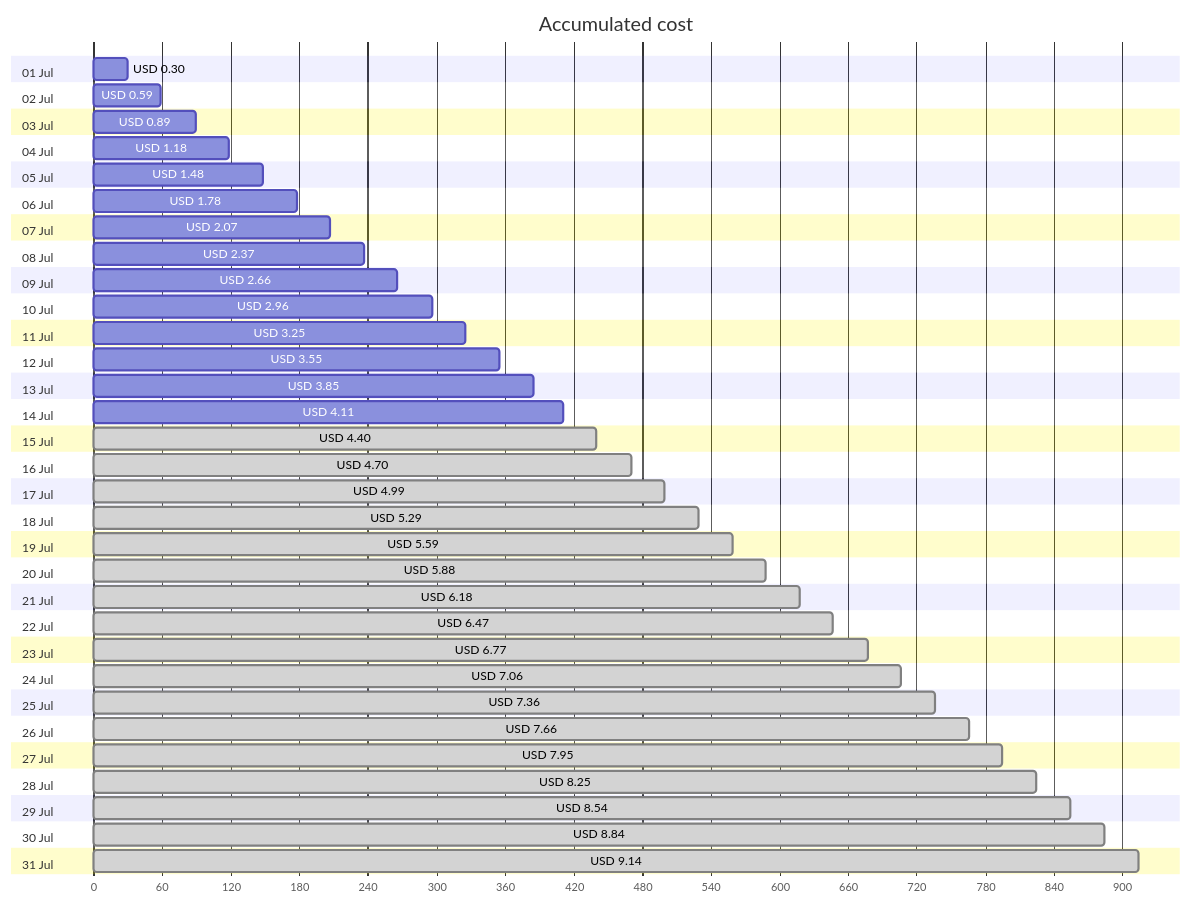
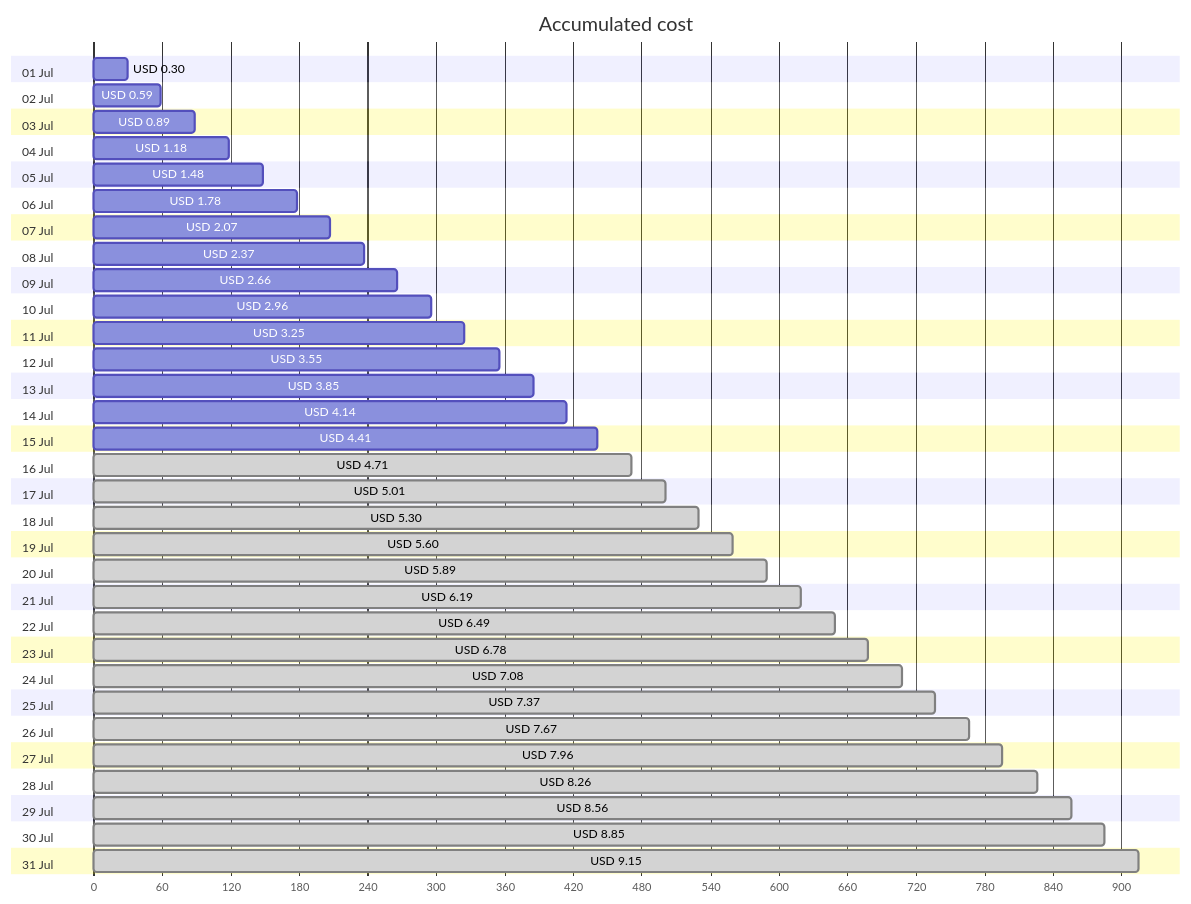
One commit to jpfulton/azure-personal-reports changed the first of 4 diagrams in cost-reports/personal-site/personal-site-preview.md. Above: the diagram before and after it, drawn with Mermaid. The commit also changed other lines of this file and 6 other files, not shown here.

````diff
--- a/cost-reports/personal-site/personal-site-preview.md
+++ b/cost-reports/personal-site/personal-site-preview.md
@@ -20,68 +20,68 @@
 ```mermaid
 gantt
    title Accumulated cost
    dateFormat  X
    axisFormat %s
    section 01 Jul
    USD 0.30 :0, 30
    section 02 Jul
    USD 0.59 :0, 59
    section 03 Jul
    USD 0.89 :0, 89
    section 04 Jul
    USD 1.18 :0, 118
    section 05 Jul
    USD 1.48 :0, 148
    section 06 Jul
    USD 1.78 :0, 178
    section 07 Jul
    USD 2.07 :0, 207
    section 08 Jul
    USD 2.37 :0, 237
    section 09 Jul
    USD 2.66 :0, 266
    section 10 Jul
    USD 2.96 :0, 296
    section 11 Jul
    USD 3.25 :0, 325
    section 12 Jul
    USD 3.55 :0, 355
    section 13 Jul
    USD 3.85 :0, 385
    section 14 Jul
-   USD 4.11 :0, 411
+   USD 4.14 :0, 414
    section 15 Jul
-   USD 4.40 : done, 0, 440
+   USD 4.41 :0, 441
    section 16 Jul
-   USD 4.70 : done, 0, 470
+   USD 4.71 : done, 0, 471
    section 17 Jul
-   USD 4.99 : done, 0, 499
+   USD 5.01 : done, 0, 501
    section 18 Jul
-   USD 5.29 : done, 0, 529
+   USD 5.30 : done, 0, 530
    section 19 Jul
-   USD 5.59 : done, 0, 559
+   USD 5.60 : done, 0, 560
    section 20 Jul
-   USD 5.88 : done, 0, 588
+   USD 5.89 : done, 0, 589
    section 21 Jul
-   USD 6.18 : done, 0, 618
+   USD 6.19 : done, 0, 619
    section 22 Jul
-   USD 6.47 : done, 0, 647
+   USD 6.49 : done, 0, 649
    section 23 Jul
-   USD 6.77 : done, 0, 677
+   USD 6.78 : done, 0, 678
    section 24 Jul
-   USD 7.06 : done, 0, 706
+   USD 7.08 : done, 0, 708
    section 25 Jul
-   USD 7.36 : done, 0, 736
+   USD 7.37 : done, 0, 737
    section 26 Jul
-   USD 7.66 : done, 0, 766
+   USD 7.67 : done, 0, 767
    section 27 Jul
-   USD 7.95 : done, 0, 795
+   USD 7.96 : done, 0, 796
    section 28 Jul
-   USD 8.25 : done, 0, 825
+   USD 8.26 : done, 0, 826
    section 29 Jul
-   USD 8.54 : done, 0, 854
+   USD 8.56 : done, 0, 856
    section 30 Jul
-   USD 8.84 : done, 0, 884
+   USD 8.85 : done, 0, 885
    section 31 Jul
-   USD 9.14 : done, 0, 914
+   USD 9.15 : done, 0, 915
 ```
````
